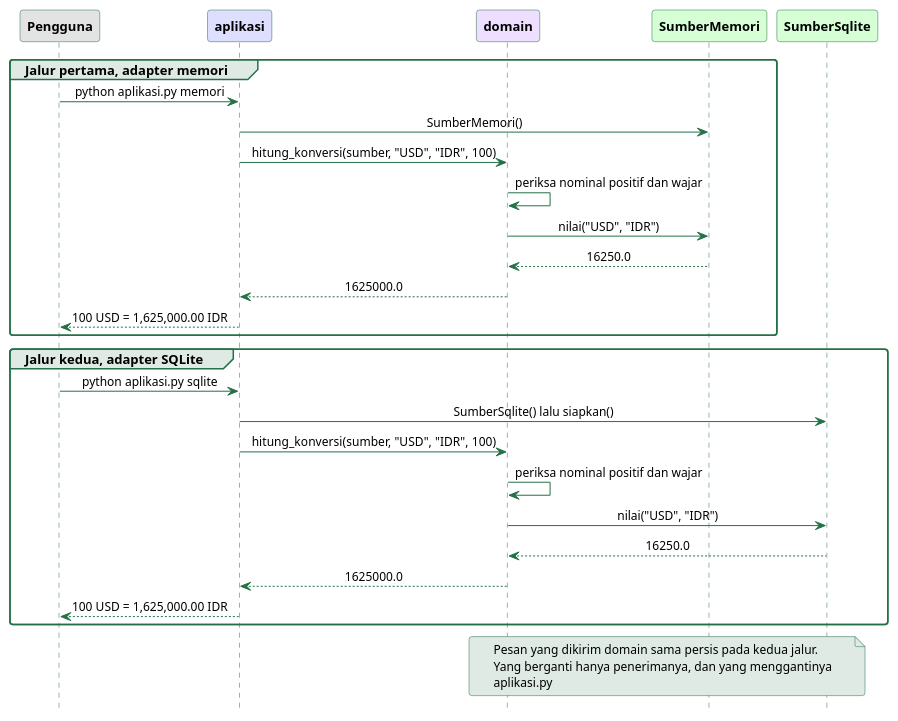
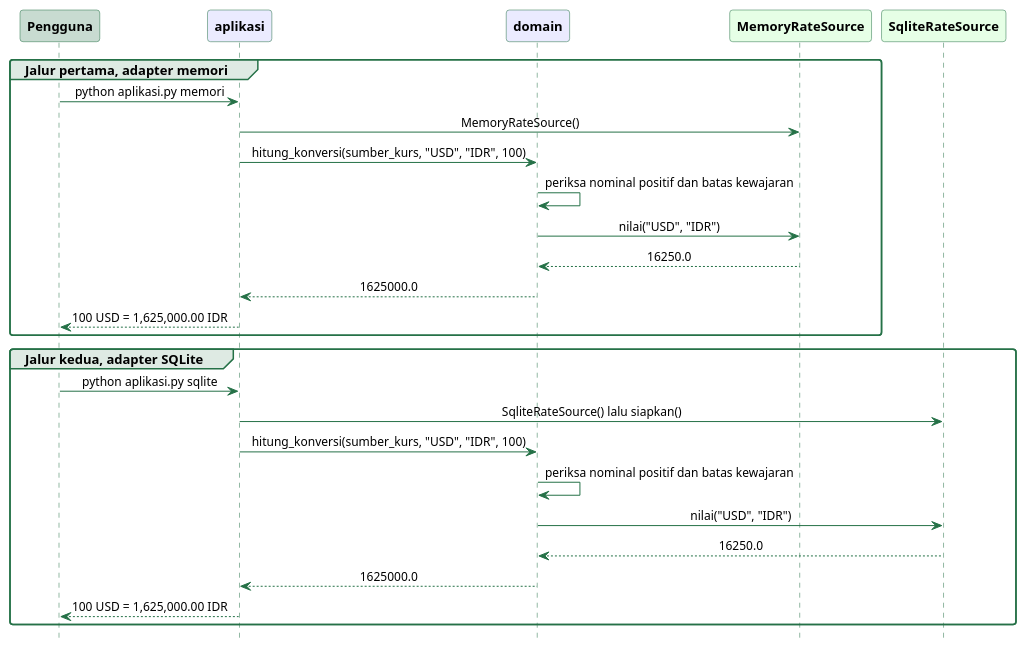
Before and after one commit to alfa-yohannis/software-architecture: the diagram in sources/chapter04/diagram/sekuens-port-adapter.puml, drawn with PlantUML. The commit also changed other lines of this file and 21 other files, not shown here.

```diff
--- a/sources/chapter04/diagram/sekuens-port-adapter.puml
+++ b/sources/chapter04/diagram/sekuens-port-adapter.puml
@@ -10,60 +11,54 @@
 @startuml
 skinparam backgroundColor transparent
 skinparam defaultFontName Titillium Web
 skinparam defaultFontSize 13
 skinparam shadowing false
 skinparam roundCorner 6
 skinparam sequenceMessageAlignment center
 skinparam sequence {
   ArrowColor #257147
   ArrowFontSize 12
   LifeLineBorderColor #257147
   LifeLineBackgroundColor #DEEAE3
   ParticipantBorderColor #257147
   ParticipantFontColor black
   ParticipantFontSize 13
   ParticipantFontStyle bold
   GroupBackgroundColor #DEEAE3
   GroupBorderColor #257147
 }
 skinparam note {
   BackgroundColor #DEEAE3
   BorderColor #257147
   FontSize 12
 }
 hide footbox
 
-participant Pengguna as U #E3E3E3
-participant aplikasi as A #DEDEFF
-participant domain as D #EEDEFF
-participant SumberMemori as SM #D6FFD6
-participant SumberSqlite as SS #D6FFD6
+participant Pengguna as U #C8DBD1
+participant aplikasi as A #EBEBFF
+participant domain as D #EBEBFF
+participant MemoryRateSource as M #E6FFE6
+participant SqliteRateSource as S #E6FFE6
 
 group Jalur pertama, adapter memori
   U -> A : python aplikasi.py memori
-  A -> SM : SumberMemori()
-  A -> D : hitung_konversi(sumber, "USD", "IDR", 100)
-  D -> D : periksa nominal positif dan wajar
-  D -> SM : nilai("USD", "IDR")
-  SM --> D : 16250.0
+  A -> M : MemoryRateSource()
+  A -> D : hitung_konversi(sumber_kurs, "USD", "IDR", 100)
+  D -> D : periksa nominal positif dan batas kewajaran
+  D -> M : nilai("USD", "IDR")
+  M --> D : 16250.0
   D --> A : 1625000.0
   A --> U : 100 USD = 1,625,000.00 IDR
 end
 
 group Jalur kedua, adapter SQLite
   U -> A : python aplikasi.py sqlite
-  A -> SS : SumberSqlite() lalu siapkan()
-  A -> D : hitung_konversi(sumber, "USD", "IDR", 100)
-  D -> D : periksa nominal positif dan wajar
-  D -> SS : nilai("USD", "IDR")
-  SS --> D : 16250.0
+  A -> S : SqliteRateSource() lalu siapkan()
+  A -> D : hitung_konversi(sumber_kurs, "USD", "IDR", 100)
+  D -> D : periksa nominal positif dan batas kewajaran
+  D -> S : nilai("USD", "IDR")
+  S --> D : 16250.0
   D --> A : 1625000.0
   A --> U : 100 USD = 1,625,000.00 IDR
 end
-
-note over D, SS
-  Pesan yang dikirim domain sama persis pada kedua jalur.
-  Yang berganti hanya penerimanya, dan yang menggantinya
-  aplikasi.py
-end note
 @enduml
```
